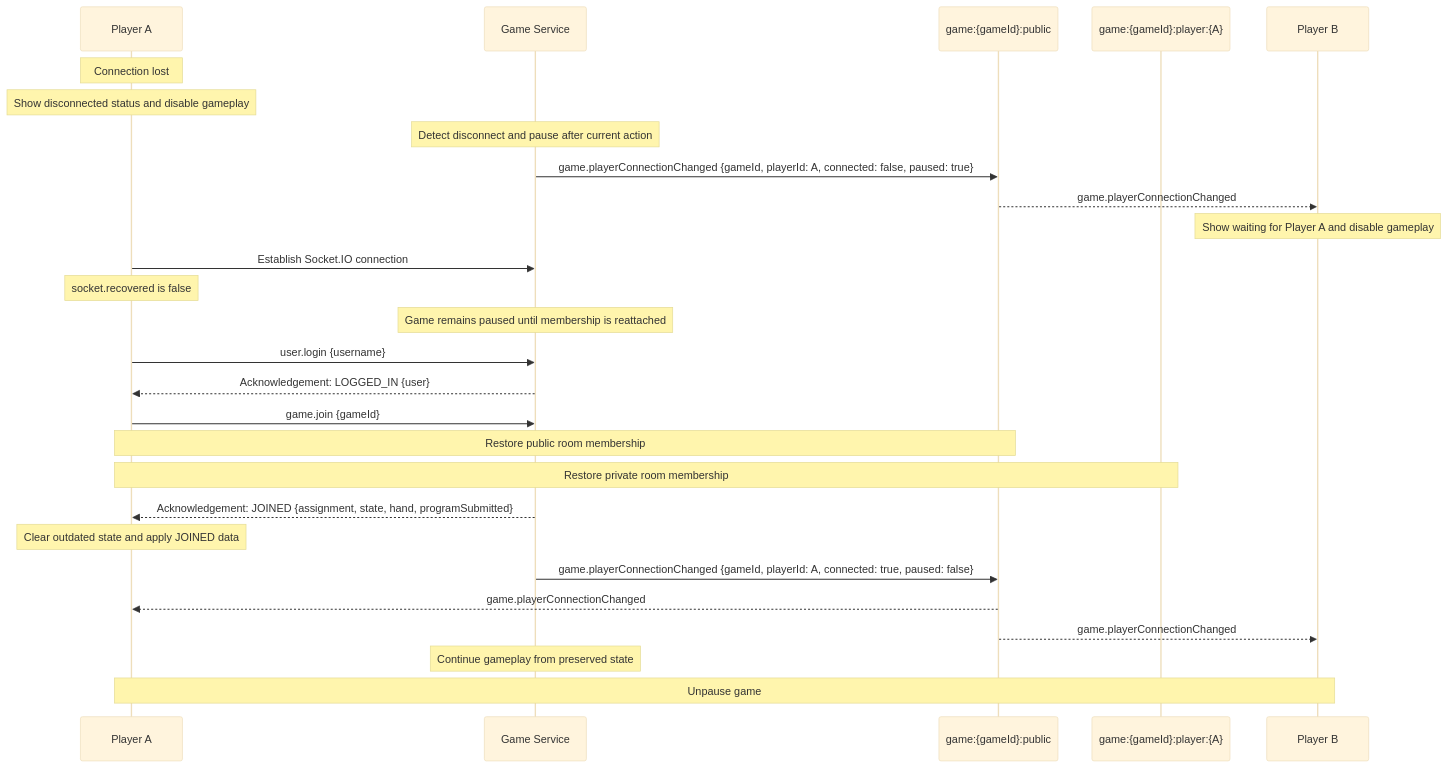
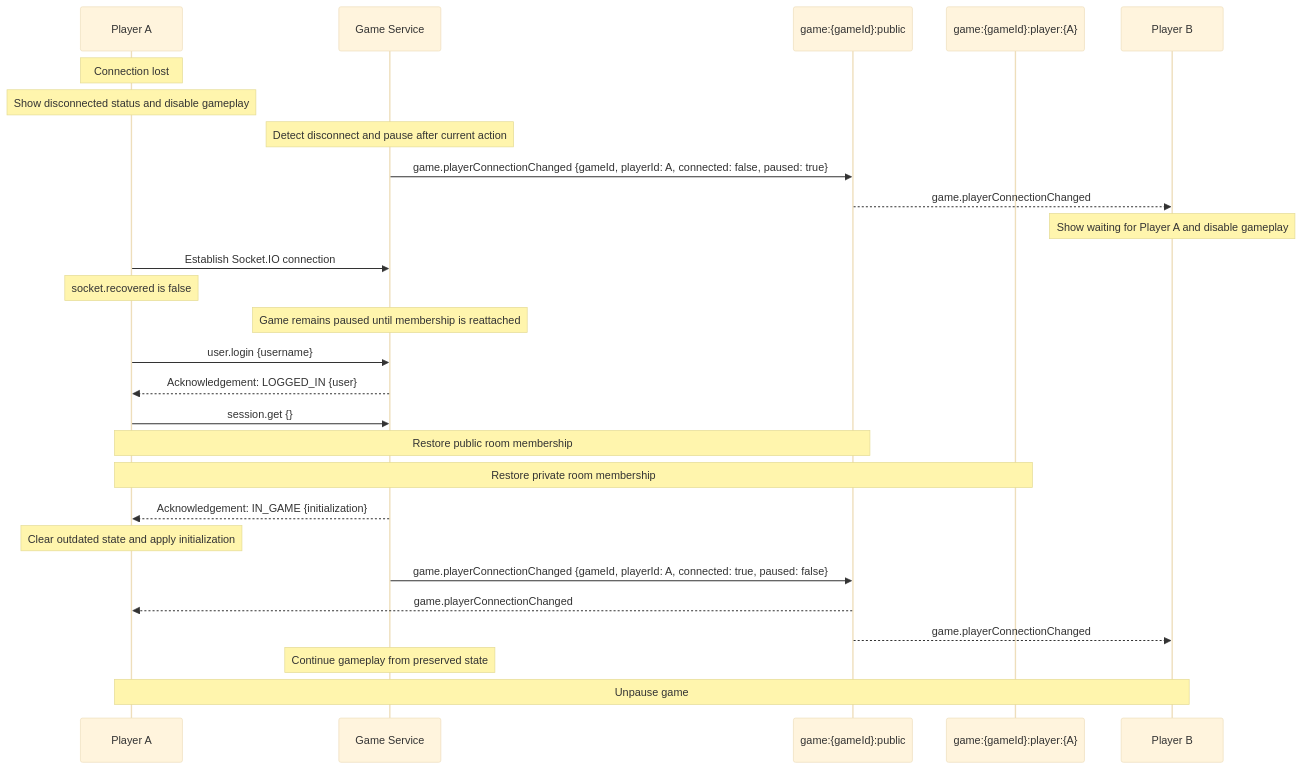
Before and after one commit to hananinas/RoboRally: the fourth of 4 diagrams in docs/Communication.md, drawn with Mermaid (base theme). The commit also changed other lines of this file and 2 other files, not shown here.

Commit message:
docs(lobby): define lobby lifecycle and game handoff

````diff
--- a/docs/Communication.md
+++ b/docs/Communication.md
@@ -291,36 +300,36 @@
 ```mermaid
 sequenceDiagram
     participant A as Player A
     participant S as Game Service
     participant Public as game:{gameId}:public
     participant PrivateA as game:{gameId}:player:{A}
     participant B as Player B
 
     Note over A: Connection lost
     Note over A: Show disconnected status and disable gameplay
     Note over S: Detect disconnect and pause after current action
 
     S->>Public: game.playerConnectionChanged {gameId, playerId: A, connected: false, paused: true}
     Public-->>B: game.playerConnectionChanged
     Note over B: Show waiting for Player A and disable gameplay
 
     A->>S: Establish Socket.IO connection
     Note over A: socket.recovered is false
     Note over S: Game remains paused until membership is reattached
 
     A->>S: user.login {username}
     S-->>A: Acknowledgement: LOGGED_IN {user}
-    A->>S: game.join {gameId}
+    A->>S: session.get {}
     Note over A,Public: Restore public room membership
     Note over A,PrivateA: Restore private room membership
 
-    S-->>A: Acknowledgement: JOINED {assignment, state, hand, programSubmitted}
-    Note over A: Clear outdated state and apply JOINED data
+    S-->>A: Acknowledgement: IN_GAME {initialization}
+    Note over A: Clear outdated state and apply initialization
 
     S->>Public: game.playerConnectionChanged {gameId, playerId: A, connected: true, paused: false}
     Public-->>A: game.playerConnectionChanged
     Public-->>B: game.playerConnectionChanged
 
     Note over S: Continue gameplay from preserved state
     Note over A,B: Unpause game
 ```
````
